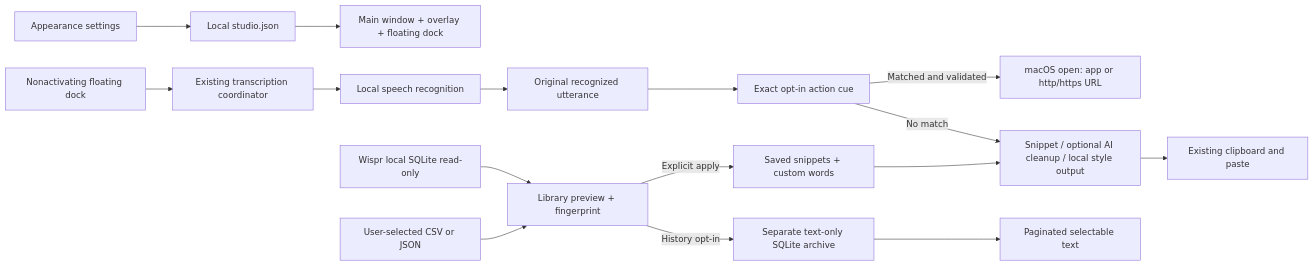
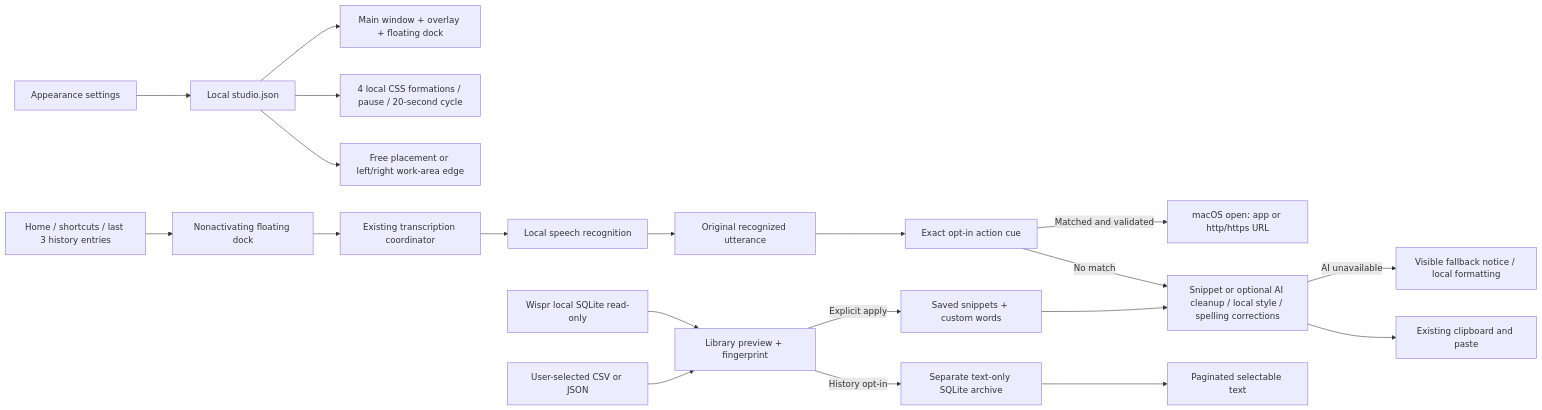
Before and after one commit to Dreydrey9000/say-less: the diagram in docs/diagrams/personalization.mmd, drawn with Mermaid. The commit also changed 62 other files, not shown here.

Commit message:
feat: make dictation easier with a customizable companion and cleanup

```diff
--- a/docs/diagrams/personalization.mmd
+++ b/docs/diagrams/personalization.mmd
@@ -1,16 +1,20 @@
 flowchart LR
     Studio[Appearance settings] --> Store[Local studio.json]
     Store --> Theme[Main window + overlay + floating dock]
+    Store --> Companion[4 local CSS formations / pause / 20-second cycle]
+    Store --> Edge[Free placement or left/right work-area edge]
+    Home[Home / shortcuts / last 3 history entries] --> Dock
     Dock[Nonactivating floating dock] --> Coordinator[Existing transcription coordinator]
     Coordinator --> ASR[Local speech recognition]
     ASR --> Raw[Original recognized utterance]
     Raw --> Match[Exact opt-in action cue]
     Match -->|Matched and validated| Open[macOS open: app or http/https URL]
-    Match -->|No match| Output[Snippet / optional AI cleanup / local style output]
+    Match -->|No match| Output[Snippet or optional AI cleanup / local style / spelling corrections]
+    Output -->|AI unavailable| Notice[Visible fallback notice / local formatting]
     Output --> Paste[Existing clipboard and paste]
     Wispr[Wispr local SQLite read-only] --> Preview[Library preview + fingerprint]
     Files[User-selected CSV or JSON] --> Preview
     Preview -->|Explicit apply| Library[Saved snippets + custom words]
     Preview -->|History opt-in| Archive[Separate text-only SQLite archive]
     Library --> Output
     Archive --> Reader[Paginated selectable text]
```
